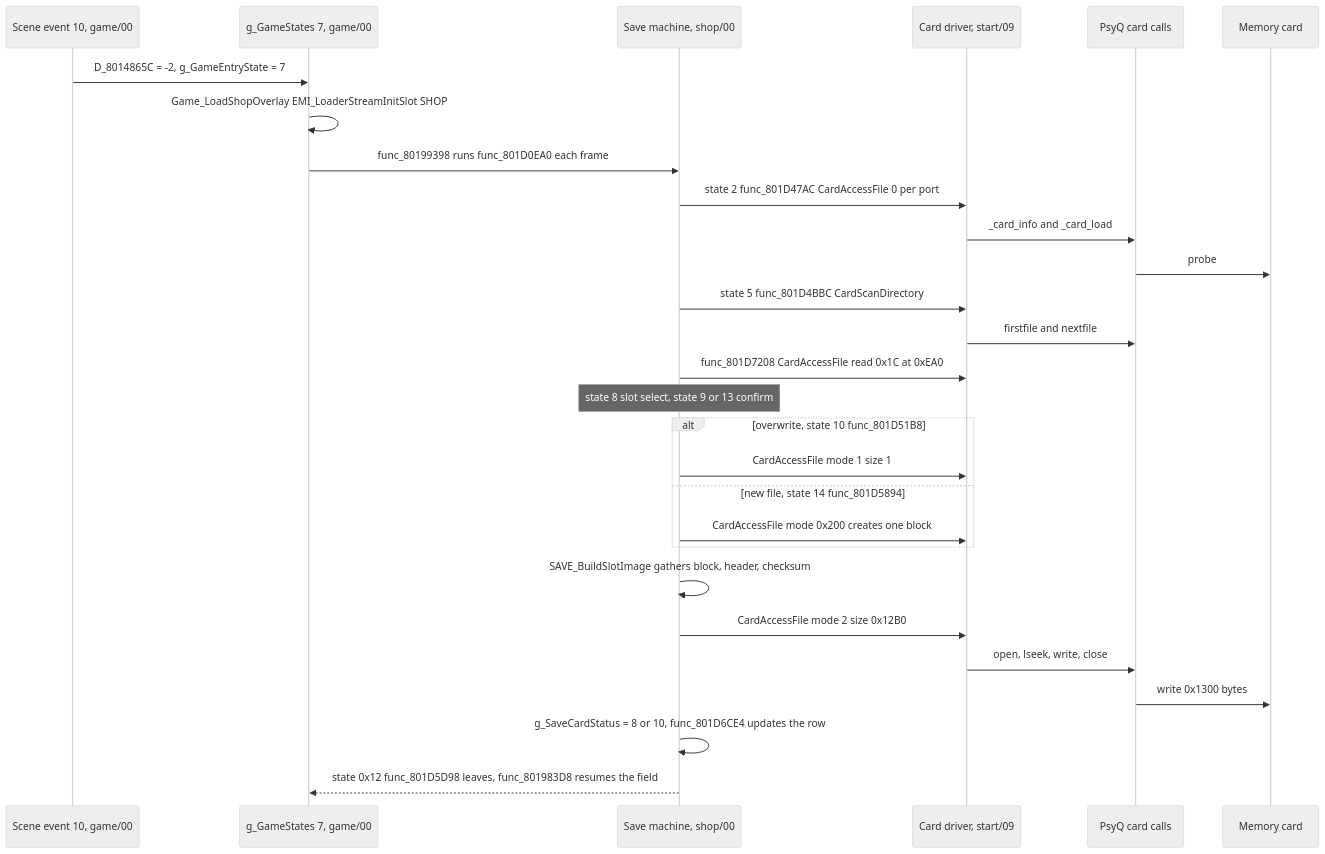
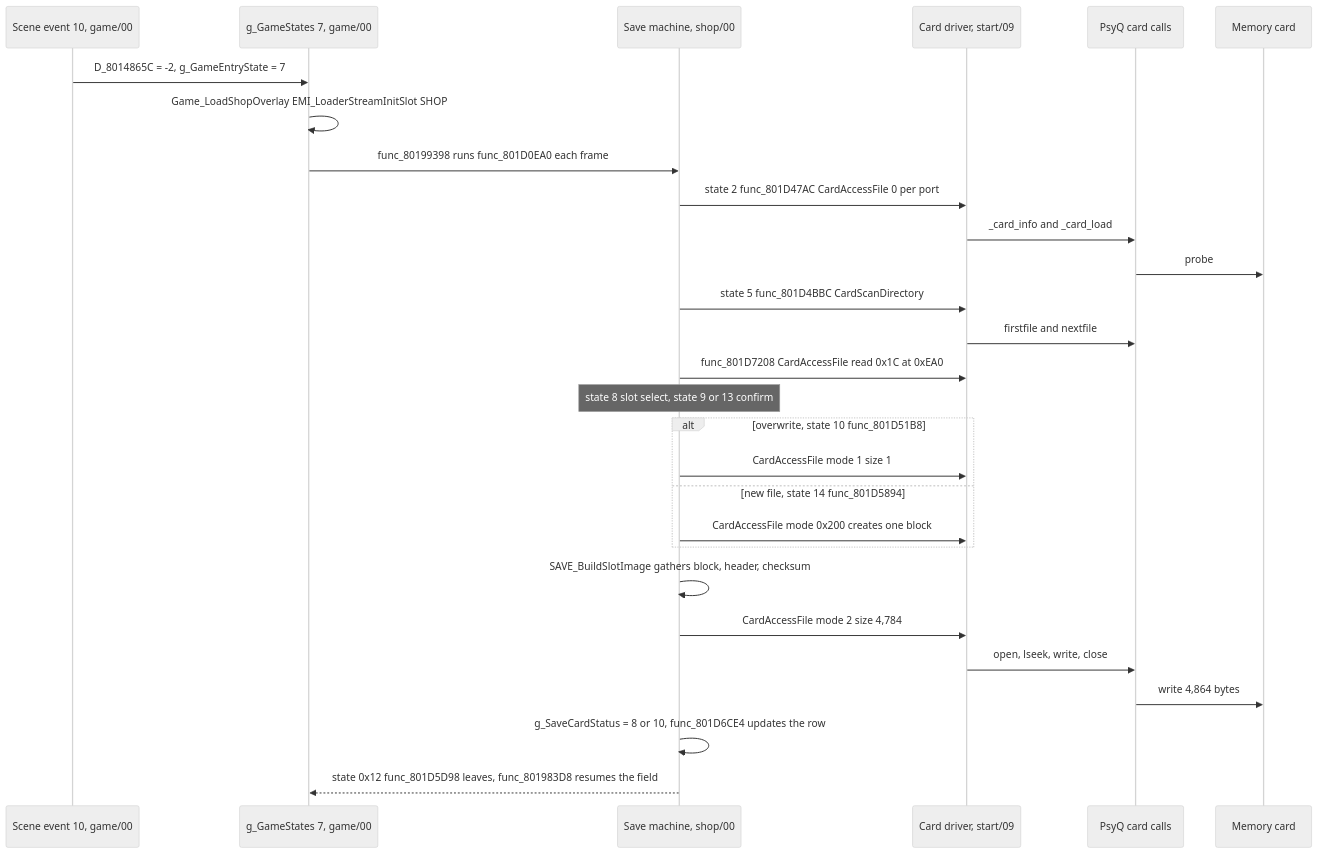
Before and after one commit to raulcorreia7/bof3-wiki: the first of 2 diagrams in src/systems/saving.md, drawn with Mermaid (neutral theme). The commit also changed other lines of this file and 33 other files, not shown here.

````diff
--- a/src/systems/saving.md
+++ b/src/systems/saving.md
@@ -27,31 +27,31 @@
 ```mermaid
 sequenceDiagram
     participant Ev as Scene event 10, game/00
     participant Main as g_GameStates 7, game/00
     participant Sav as Save machine, shop/00
     participant Drv as Card driver, start/09
     participant Bios as PsyQ card calls
     participant Card as Memory card
 
     Ev->>Main: D_8014865C = -2, g_GameEntryState = 7
     Main->>Main: Game_LoadShopOverlay EMI_LoaderStreamInitSlot SHOP
     Main->>Sav: func_80199398 runs func_801D0EA0 each frame
     Sav->>Drv: state 2 func_801D47AC CardAccessFile 0 per port
     Drv->>Bios: _card_info and _card_load
     Bios->>Card: probe
     Sav->>Drv: state 5 func_801D4BBC CardScanDirectory
     Drv->>Bios: firstfile and nextfile
     Sav->>Drv: func_801D7208 CardAccessFile read 0x1C at 0xEA0
     Note over Sav: state 8 slot select, state 9 or 13 confirm
     alt overwrite, state 10 func_801D51B8
         Sav->>Drv: CardAccessFile mode 1 size 1
     else new file, state 14 func_801D5894
         Sav->>Drv: CardAccessFile mode 0x200 creates one block
     end
     Sav->>Sav: SAVE_BuildSlotImage gathers block, header, checksum
-    Sav->>Drv: CardAccessFile mode 2 size 0x12B0
+    Sav->>Drv: CardAccessFile mode 2 size 4,784
     Drv->>Bios: open, lseek, write, close
-    Bios->>Card: write 0x1300 bytes
+    Bios->>Card: write 4,864 bytes
     Sav->>Sav: g_SaveCardStatus = 8 or 10, func_801D6CE4 updates the row
     Sav-->>Main: state 0x12 func_801D5D98 leaves, func_801983D8 resumes the field
 ```
````
